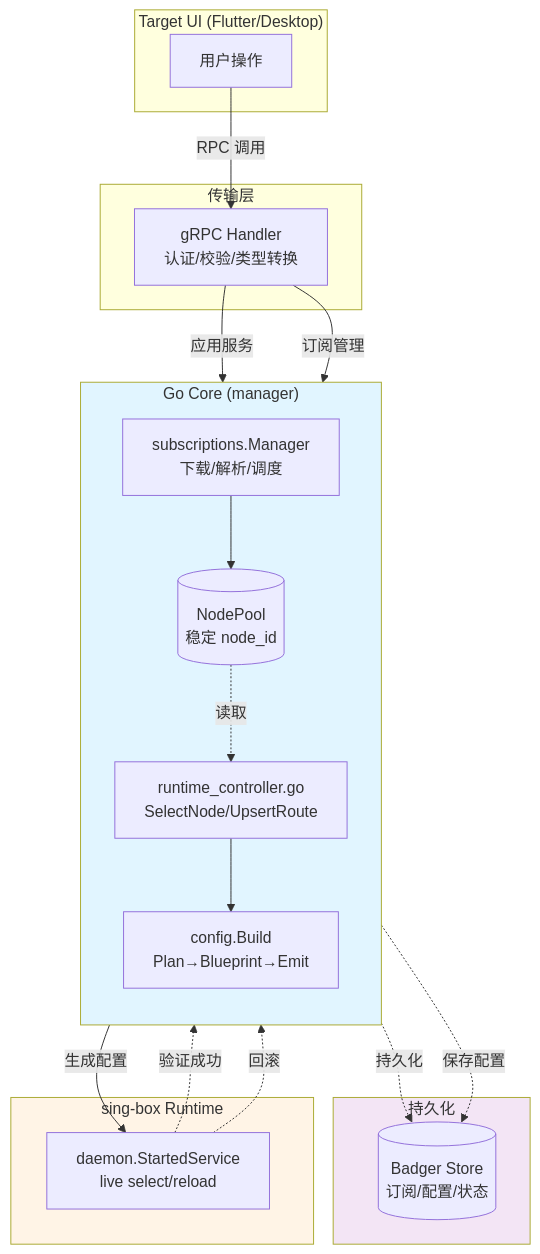
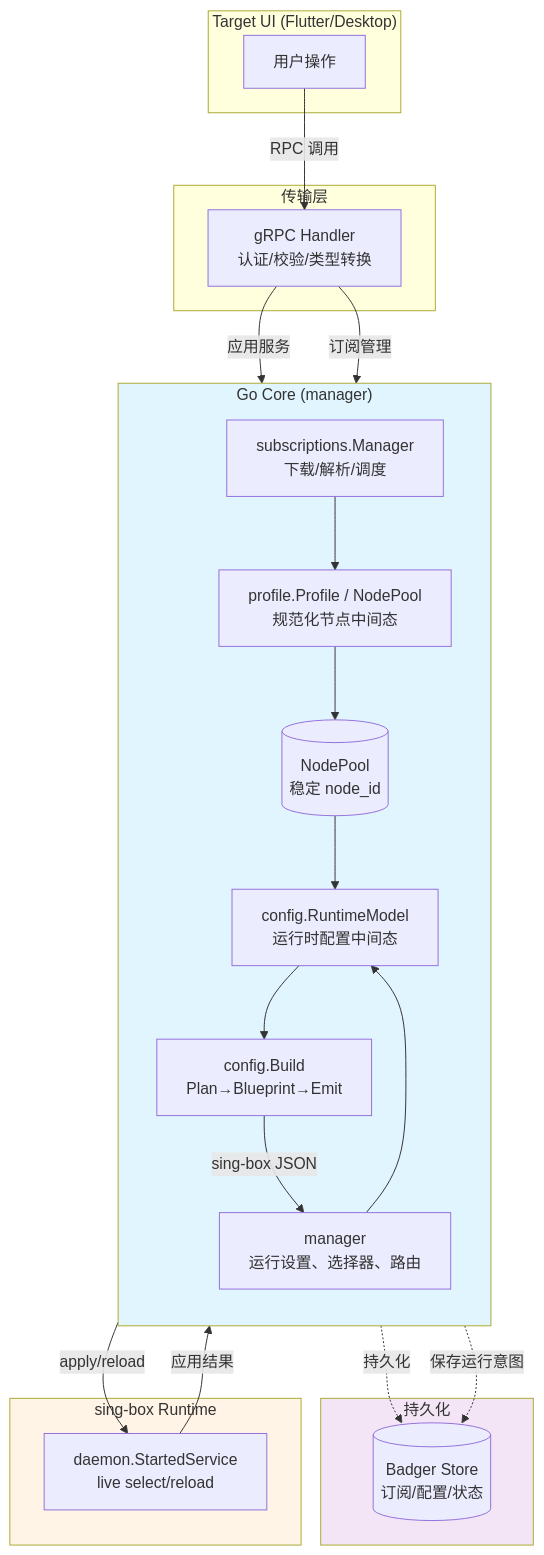
One commit to TargetProxy/TargetLib changed the first of 5 diagrams in docs/DESIGN.md. Above: the diagram before and after it, drawn with Mermaid. The commit also changed other lines of this file and 40 other files, not shown here.

````diff
--- a/docs/DESIGN.md
+++ b/docs/DESIGN.md
@@ -17,42 +16,46 @@
 ```mermaid
 flowchart TB
     subgraph UI["Target UI (Flutter/Desktop)"]
         USER[用户操作]
     end
     
     subgraph TRANSPORT["传输层"]
         GRPC[gRPC Handler<br/>认证/校验/类型转换]
     end
     
     subgraph CORE["Go Core (manager)"]
         direction TB
         SUBM[subscriptions.Manager<br/>下载/解析/调度]
-        CTRL[runtime_controller.go<br/>SelectNode/UpsertRoute]
+        IR[profile.Profile / NodePool<br/>规范化节点中间态]
+        CTRL[manager<br/>运行设置、选择器、路由]
+        MODEL[config.RuntimeModel<br/>运行时配置中间态]
         BUILD[config.Build<br/>Plan→Blueprint→Emit]
         
-        SUBM --> POOL[(NodePool<br/>稳定 node_id)]
-        CTRL --> BUILD
-        POOL -.读取.-> CTRL
+        SUBM --> IR
+        IR --> POOL[(NodePool<br/>稳定 node_id)]
+        POOL --> MODEL
+        CTRL --> MODEL
+        MODEL --> BUILD
     end
     
     subgraph PERSIST["持久化"]
         BADGER[(Badger Store<br/>订阅/配置/状态)]
     end
     
     subgraph RUNTIME["sing-box Runtime"]
         BOX[daemon.StartedService<br/>live select/reload]
     end
     
     USER -->|RPC 调用| GRPC
     GRPC -->|应用服务| CTRL
     GRPC -->|订阅管理| SUBM
     SUBM -.持久化.-> BADGER
-    CTRL -.保存配置.-> BADGER
-    BUILD -->|生成配置| BOX
-    BOX -.验证成功.-> CTRL
-    BOX -.回滚.-> CTRL
+    CTRL -.保存运行意图.-> BADGER
+    BUILD -->|sing-box JSON| CTRL
+    CTRL -->|apply/reload| BOX
+    BOX -->|应用结果| CTRL
     
     style CORE fill:#e1f5ff
     style RUNTIME fill:#fff4e6
     style PERSIST fill:#f3e5f5
 ```
````
